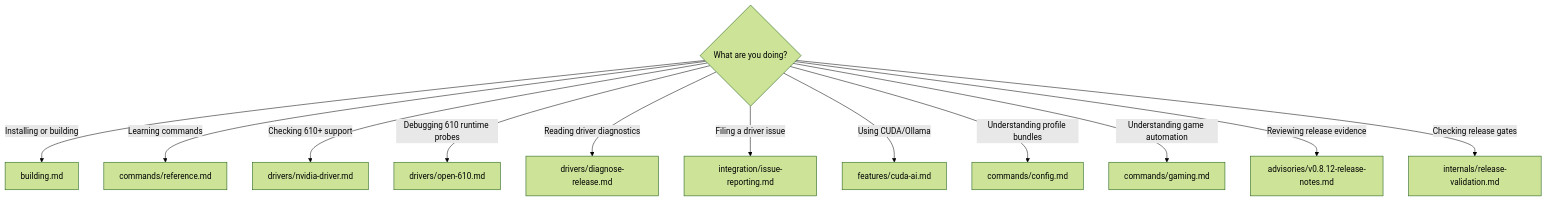
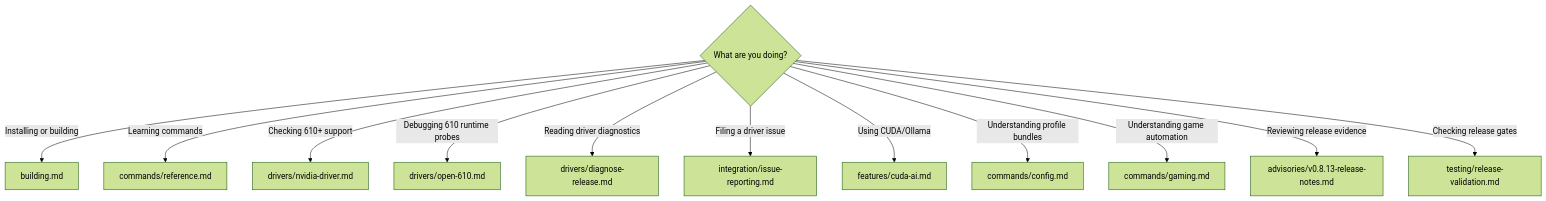
The third of 3 diagrams in docs/README.md (GhostKellz/nvcontrol), drawn with Mermaid (forest theme) before and after one commit. The commit also changed other lines of this file and 78 other files, not shown here.

````diff
--- a/docs/README.md
+++ b/docs/README.md
@@ -86,15 +87,15 @@
 ```mermaid
 flowchart TD
     task{"What are you doing?"}
     task -->|"Installing or building"| build["building.md"]
     task -->|"Learning commands"| commands["commands/reference.md"]
     task -->|"Checking 610+ support"| matrix["drivers/nvidia-driver.md"]
     task -->|"Debugging 610 runtime probes"| open610["drivers/open-610.md"]
     task -->|"Reading driver diagnostics"| diag["drivers/diagnose-release.md"]
     task -->|"Filing a driver issue"| issue["integration/issue-reporting.md"]
     task -->|"Using CUDA/Ollama"| cuda["features/cuda-ai.md"]
     task -->|"Understanding profile bundles"| config["commands/config.md"]
     task -->|"Understanding game automation"| gaming["commands/gaming.md"]
-    task -->|"Reviewing release evidence"| upgrades["advisories/v0.8.12-release-notes.md"]
-    task -->|"Checking release gates"| release["internals/release-validation.md"]
+    task -->|"Reviewing release evidence"| upgrades["advisories/v0.8.13-release-notes.md"]
+    task -->|"Checking release gates"| release["testing/release-validation.md"]
 ```
````
